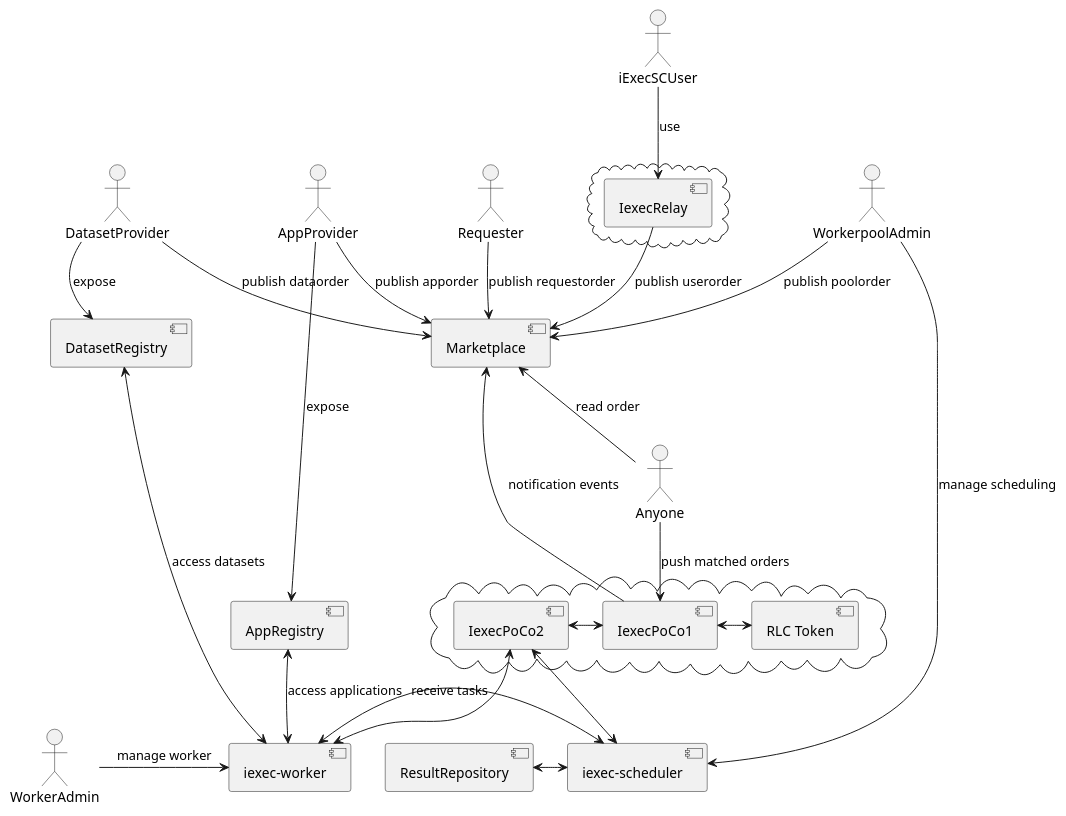
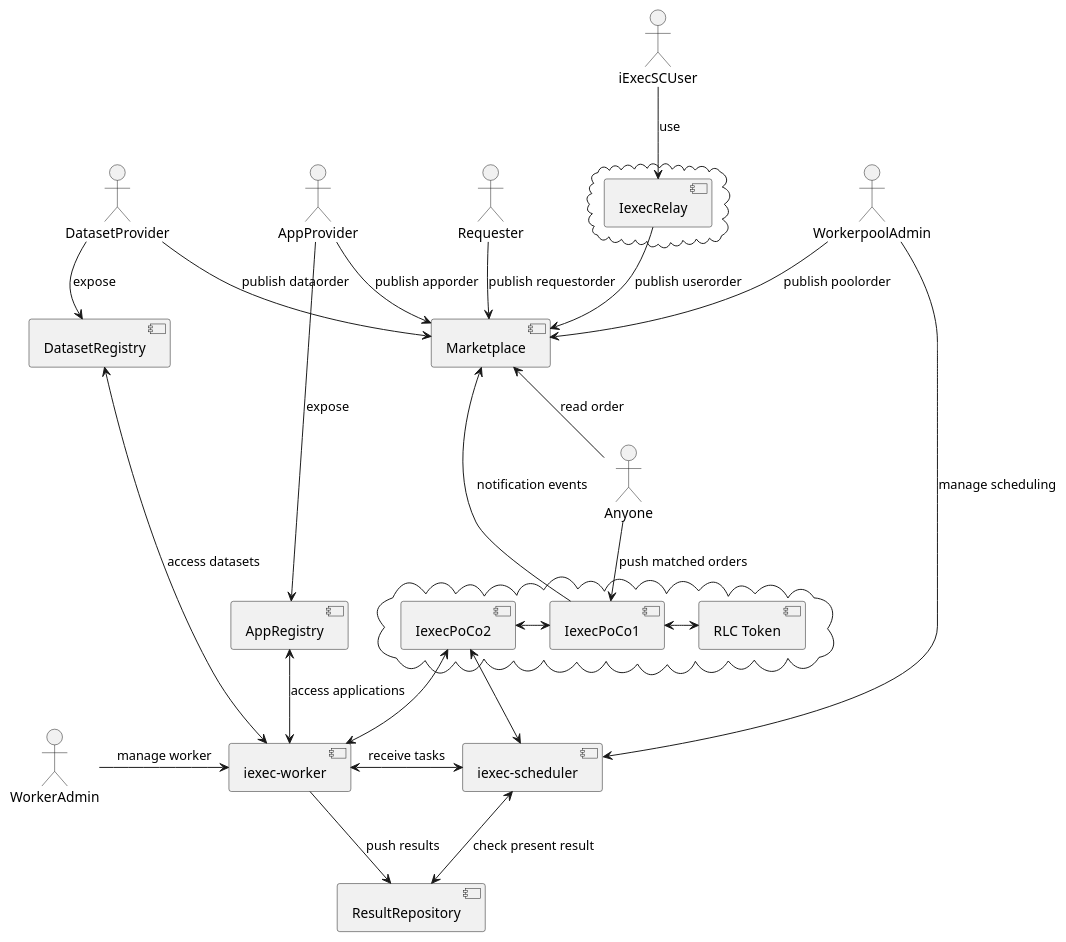
The diagram in uml/architecture-ODB.puml (iExecBlockchainComputing/PoCo), drawn with PlantUML before and after one commit. The commit also changed 1 other file, not shown here.

```diff
--- a/uml/architecture-ODB.puml
+++ b/uml/architecture-ODB.puml
@@ -1,57 +1,57 @@
 @startuml
 :iExecSCUser:
 :AppProvider:
 :DatasetProvider:
 :WorkerpoolAdmin:
 :WorkerAdmin:
 :Requester:
 :Anyone:
 
 cloud {
 [IexecRelay]
 }
 component [IexecRelay]
 iExecSCUser -down-> [IexecRelay]: use
 
 component [Marketplace]
 [IexecRelay] -down-> [Marketplace]: publish userorder
 AppProvider -down-> [Marketplace]: publish apporder
 DatasetProvider -down-> [Marketplace]: publish dataorder
 WorkerpoolAdmin -down-> [Marketplace]: publish poolorder
+Requester  -down-> [Marketplace]: publish requestorder
 Anyone -up-> [Marketplace]: read order
-Requester  -down-> [Marketplace]: publish requestorder
 
 cloud {
 [IexecPoCo1]
 [IexecPoCo2]
 [RLC Token]
 }
 component [IexecPoCo1]
 component [IexecPoCo2]
 component [RLC Token]
 [IexecPoCo2] <-right-> [IexecPoCo1]
 [IexecPoCo1] <-right-> [RLC Token]
 
 Anyone -down-> [IexecPoCo1]: push matched orders
 [IexecPoCo1] -up-> [Marketplace]: notification events
 
 [iexec-scheduler] <-up-> [IexecPoCo2]
 [iexec-worker] <-up-> [IexecPoCo2]
 
 component [AppRegistry]
 component [DatasetRegistry]
 component [iexec-scheduler]
 component [iexec-worker]
 component [ResultRepository]
 
 AppProvider -down-> AppRegistry: expose
 DatasetProvider -down-> DatasetRegistry: expose 
 WorkerpoolAdmin -down-> [iexec-scheduler]: manage scheduling
-ResultRepository <-right-> [iexec-scheduler]
 
 [WorkerAdmin] -right-> [iexec-worker]: manage worker
-
 [iexec-worker] <-right-> [iexec-scheduler]: receive tasks
 [iexec-worker] <-up-> [AppRegistry]: access applications
 [iexec-worker] <-up-> [DatasetRegistry]: access datasets
+[iexec-worker] -down-> [ResultRepository]: push results
+[iexec-scheduler] <-right-> [ResultRepository]: check present result
 @enduml
```
